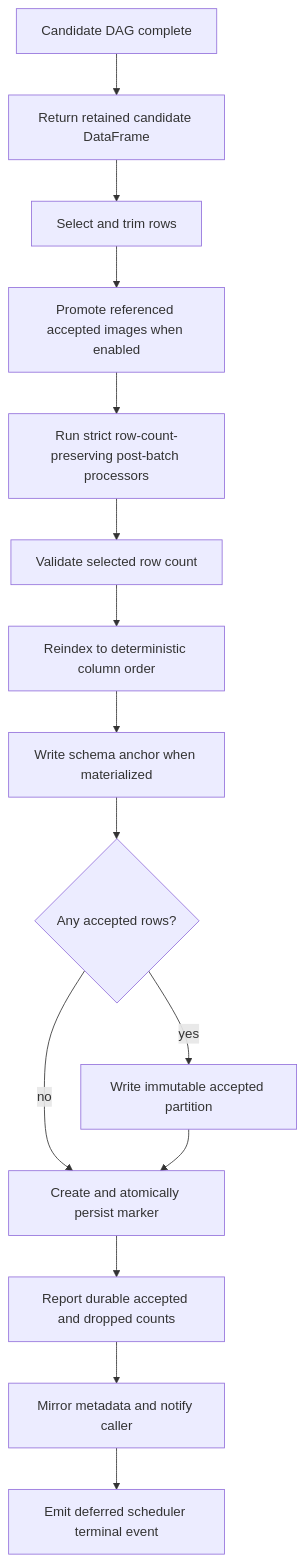
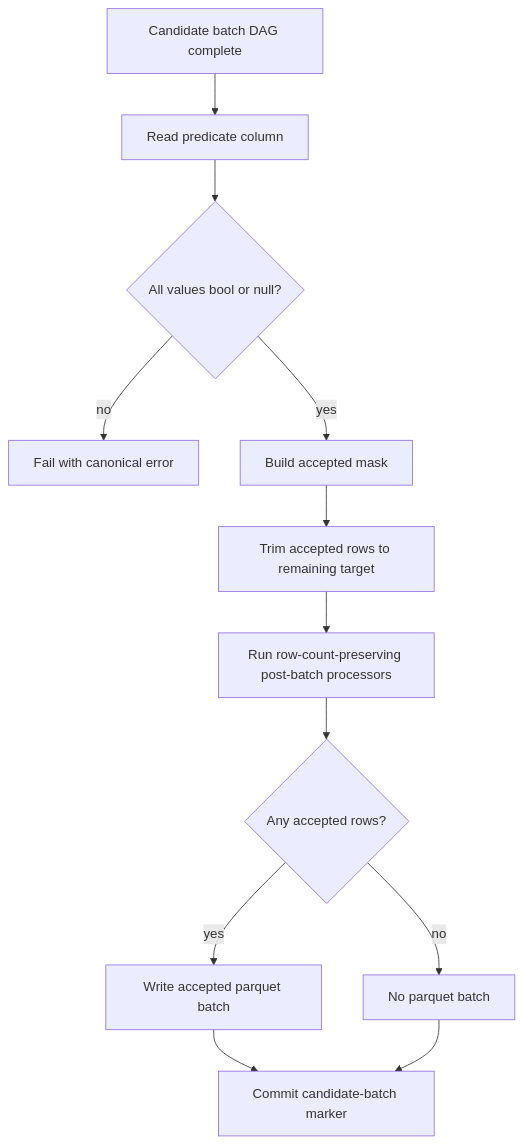
One commit to NVIDIA-NeMo/DataDesigner changed the fourth of 7 diagrams in plans/790/engine-native-record-selection.md. Above: the diagram before and after it, drawn with Mermaid. The commit also changed other lines of this file and 14 other files, not shown here.

````diff
--- a/plans/790/engine-native-record-selection.md
+++ b/plans/790/engine-native-record-selection.md
@@ -682,17 +534,14 @@
 ```mermaid
 flowchart TD
-    dag["Candidate DAG complete"] --> retained["Return retained candidate DataFrame"]
-    retained --> select["Select and trim rows"]
-    select --> media["Promote referenced accepted images when enabled"]
-    media --> post["Run strict row-count-preserving post-batch processors"]
-    post --> validate["Validate selected row count"]
-    validate --> order["Reindex to deterministic column order"]
-    order --> schema["Write schema anchor when materialized"]
-    schema --> write{"Any accepted rows?"}
-    write -->|yes| parquet["Write immutable accepted partition"]
-    write -->|no| marker["Create and atomically persist marker"]
-    parquet --> marker
-    marker --> telemetry["Report durable accepted and dropped counts"]
-    telemetry --> mirror["Mirror metadata and notify caller"]
-    mirror --> terminal["Emit deferred scheduler terminal event"]
+    dag["Candidate batch DAG complete"] --> read["Read predicate column"]
+    read --> validate{"All values bool or null?"}
+    validate -->|no| error["Fail with canonical error"]
+    validate -->|yes| mask["Build accepted mask"]
+    mask --> trim["Trim accepted rows to remaining target"]
+    trim --> post["Run row-count-preserving post-batch processors"]
+    post --> write{"Any accepted rows?"}
+    write -->|yes| parquet["Write accepted parquet batch"]
+    write -->|no| no_parquet["No parquet batch"]
+    parquet --> marker["Commit candidate-batch marker"]
+    no_parquet --> marker
 ```
````
